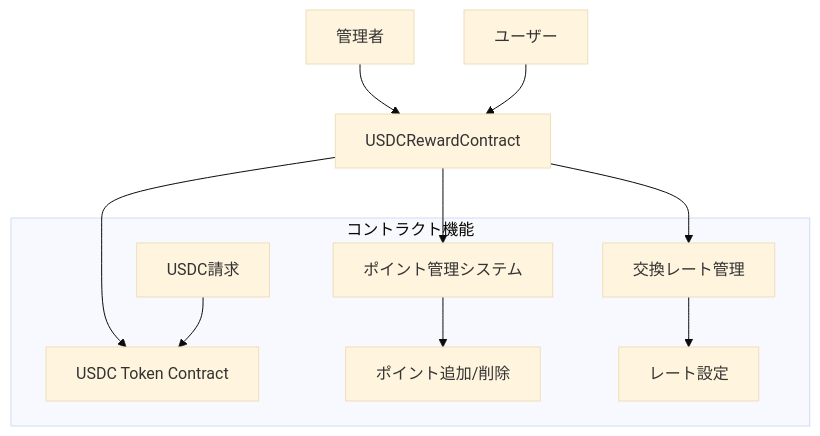
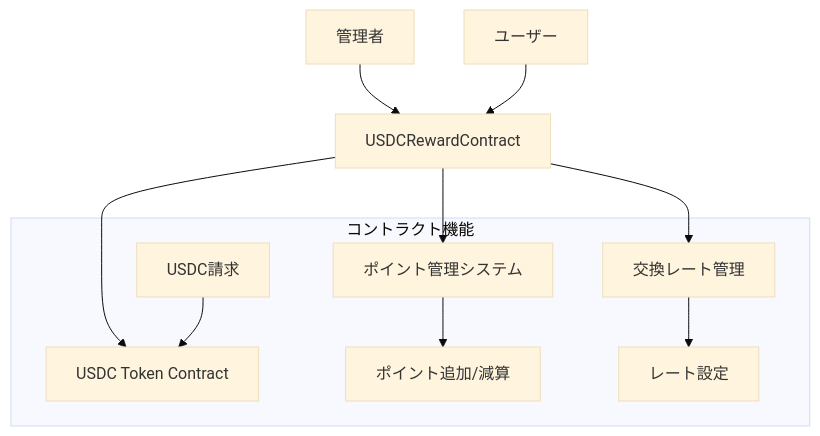
The diagram in .kiro/specs/usdc-reward-system/design.md (Heterod0x/oto_ios_testflight), drawn with Mermaid (base theme) before and after one commit. The commit also changed 9 other files, not shown here.

````diff
--- a/.kiro/specs/usdc-reward-system/design.md
+++ b/.kiro/specs/usdc-reward-system/design.md
@@ -13,14 +13,14 @@
 ```mermaid
 graph TB
     A[管理者] --> B[USDCRewardContract]
     C[ユーザー] --> B
     B --> D[USDC Token Contract]
     B --> E[ポイント管理システム]
     B --> F[交換レート管理]
 
     subgraph "コントラクト機能"
-        E --> G[ポイント追加/削除]
+        E --> G[ポイント追加/減算]
         F --> H[レート設定]
         I[USDC請求] --> D
     end
 ```
````
